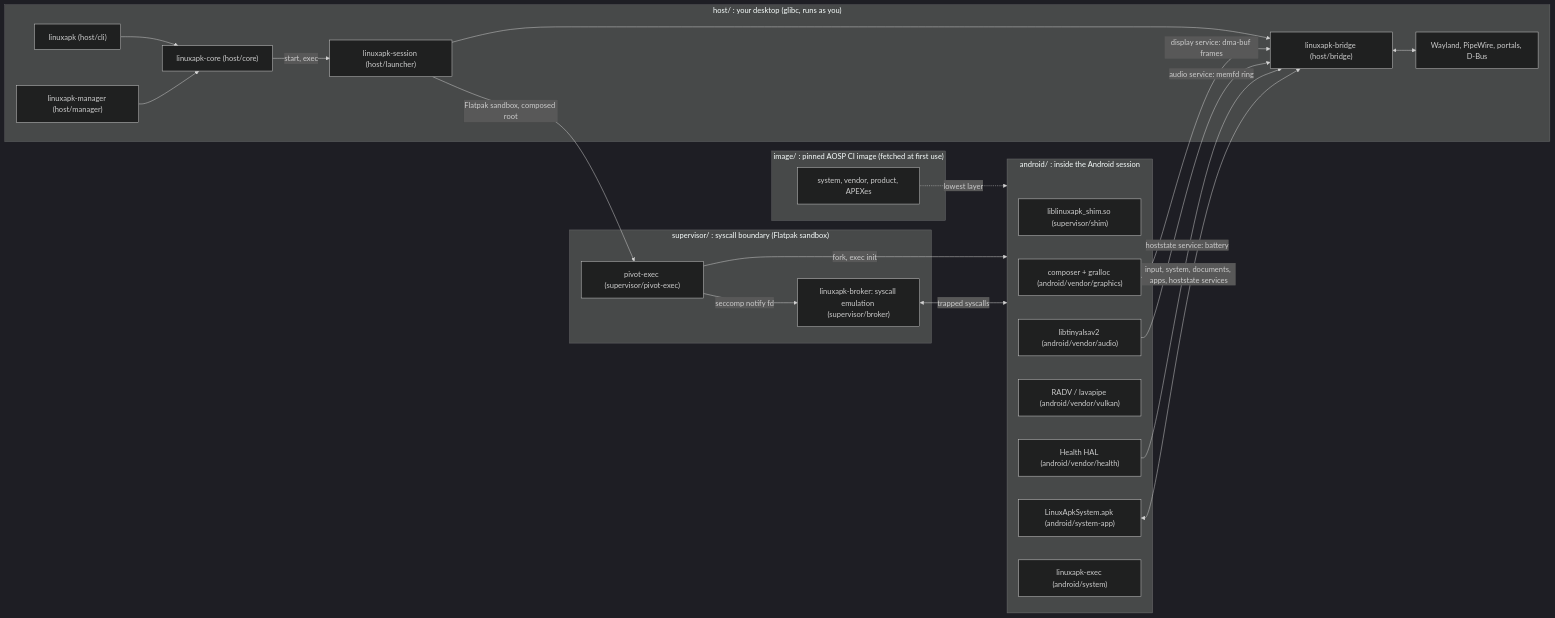
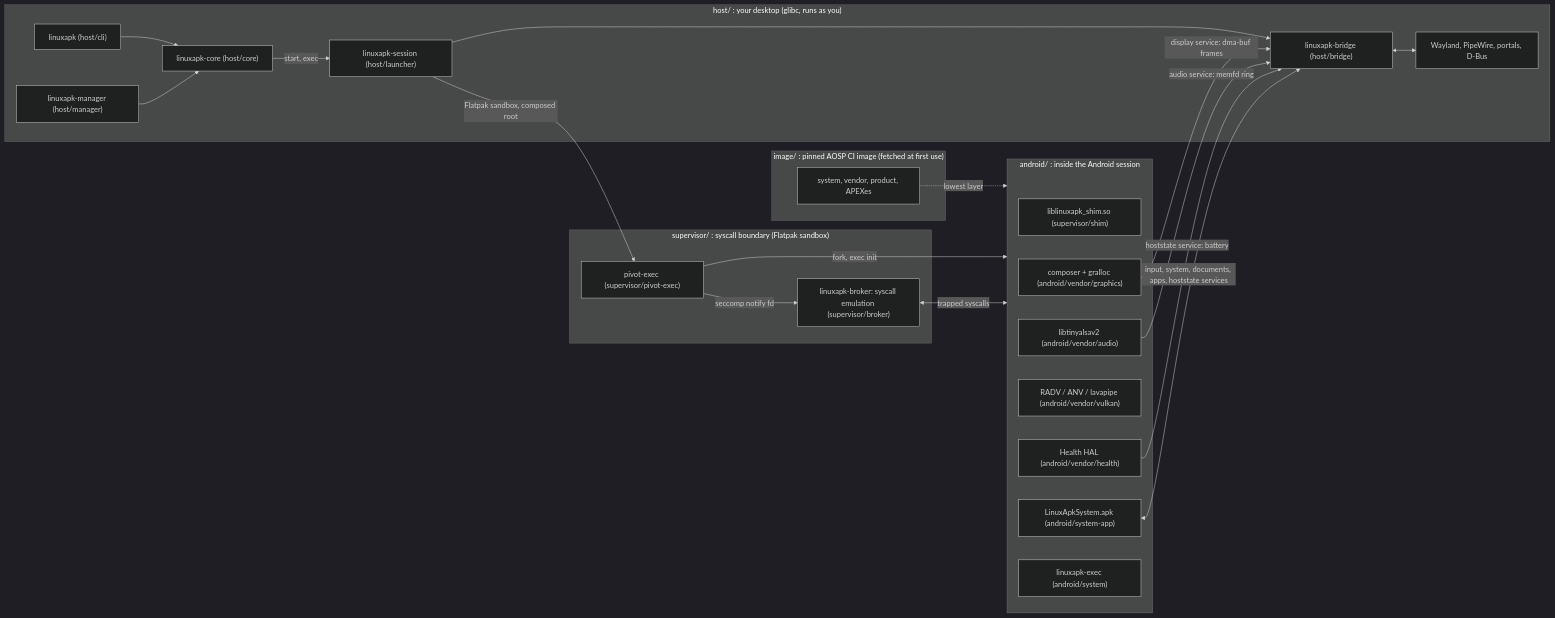
The diagram in README.md (sargunv/innkeeper), drawn with Mermaid (dark theme) before and after one commit. The commit also changed other lines of this file and 10 other files, not shown here.

Commit message:
graphics: enable Intel Vulkan and GLES through ANV

````diff
--- a/README.md
+++ b/README.md
@@ -57,41 +57,41 @@
 ```mermaid
 flowchart LR
   subgraph host["host/ : your desktop (glibc, runs as you)"]
     cli["linuxapk (host/cli)"]
     mgr["linuxapk-manager (host/manager)"]
     core["linuxapk-core (host/core)"]
     launcher["linuxapk-session (host/launcher)"]
     bridge["linuxapk-bridge (host/bridge)"]
     desk["Wayland, PipeWire, portals, D-Bus"]
   end
   subgraph img["image/ : pinned AOSP CI image (fetched at first use)"]
     aosp["system, vendor, product, APEXes"]
   end
   subgraph sup["supervisor/ : syscall boundary (Flatpak sandbox)"]
     pivot["pivot-exec (supervisor/pivot-exec)"]
     broker["linuxapk-broker: syscall emulation (supervisor/broker)"]
   end
   subgraph and["android/ : inside the Android session"]
     shim["liblinuxapk_shim.so (supervisor/shim)"]
     sysapp["LinuxApkSystem.apk (android/system-app)"]
     hwc["composer + gralloc (android/vendor/graphics)"]
-    vk["RADV / lavapipe (android/vendor/vulkan)"]
+    vk["RADV / ANV / lavapipe (android/vendor/vulkan)"]
     snd["libtinyalsav2 (android/vendor/audio)"]
     health["Health HAL (android/vendor/health)"]
     sysbin["linuxapk-exec (android/system)"]
   end
   cli --> core
   mgr --> core
   core -->|"start, exec"| launcher
   launcher -->|"Flatpak sandbox, composed root"| pivot
   launcher --> bridge
   aosp -.->|"lowest layer"| and
   pivot -->|"fork, exec init"| and
   pivot -->|"seccomp notify fd"| broker
   broker <-->|"trapped syscalls"| and
   hwc -->|"display service: dma-buf frames"| bridge
   snd -->|"audio service: memfd ring"| bridge
   health -->|"hoststate service: battery"| bridge
   sysapp <-->|"input, system, documents, apps, hoststate services"| bridge
   bridge <--> desk
 ```
````
